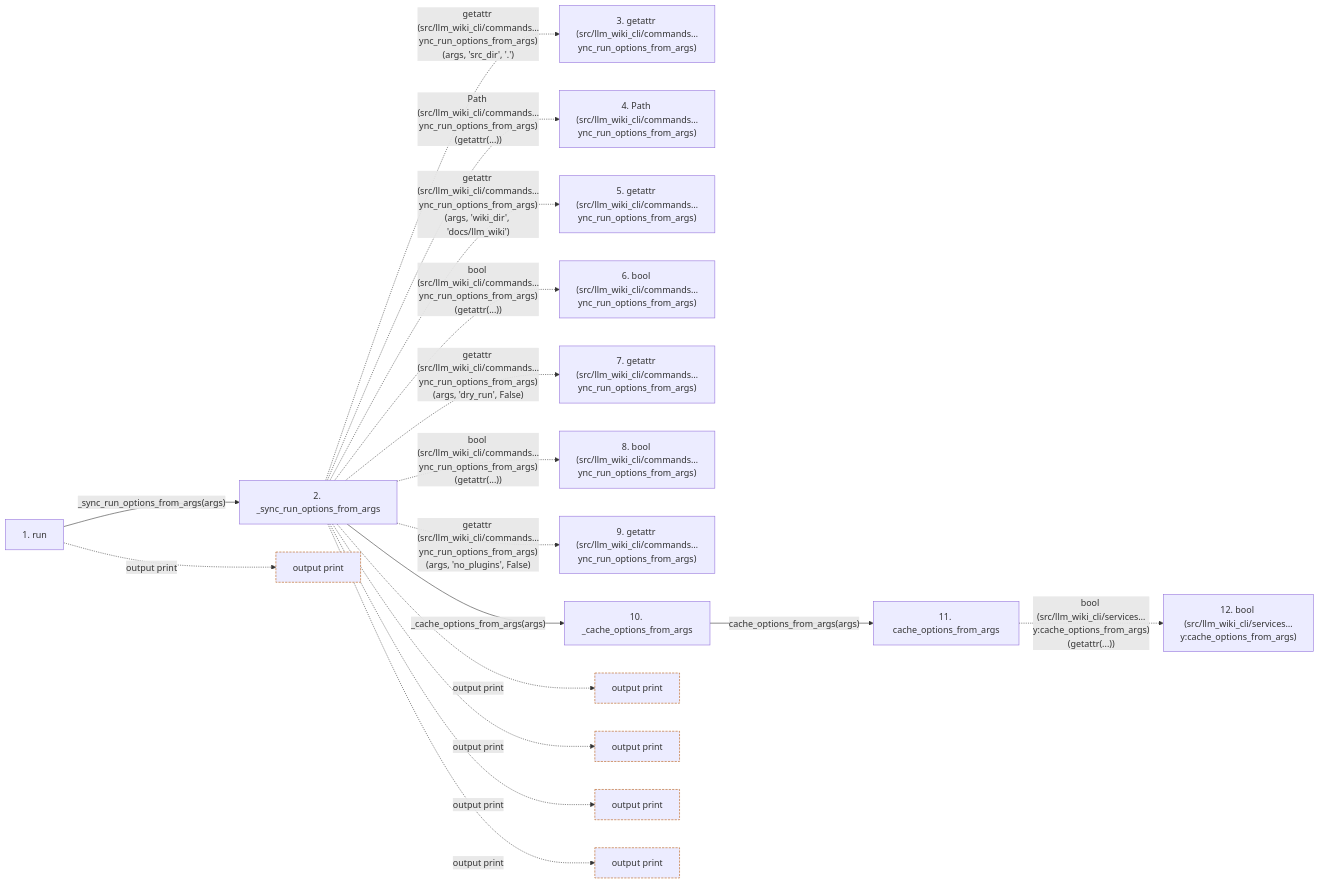
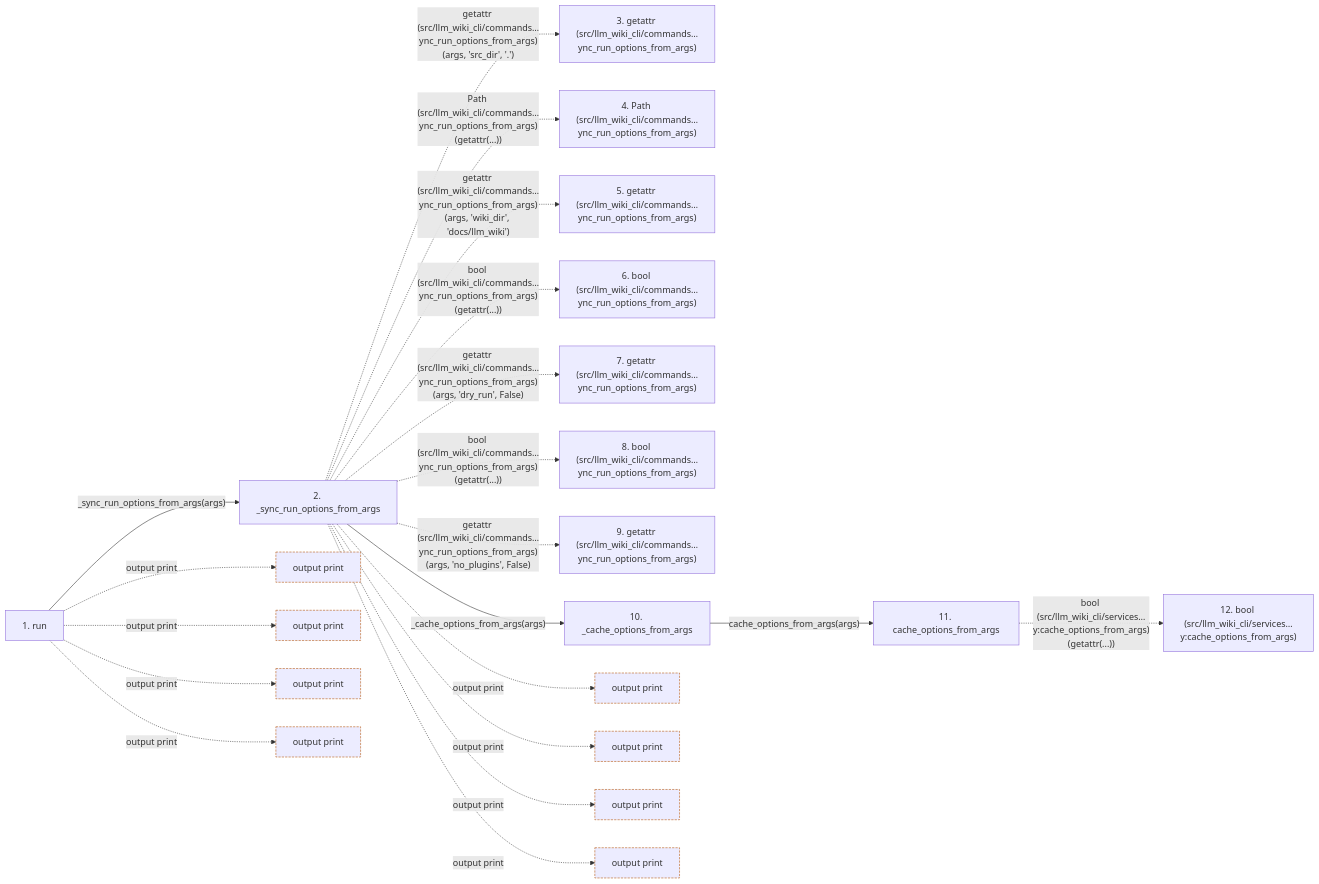
One commit to Denissvgn/python-wiki-llm changed the second of 2 diagrams in docs/llm_wiki/flows/cli-sync.md. Above: the diagram before and after it, drawn with Mermaid. The commit also changed other lines of this file and 464 other files, not shown here.

````diff
--- a/docs/llm_wiki/flows/cli-sync.md
+++ b/docs/llm_wiki/flows/cli-sync.md
@@ -212,46 +216,55 @@
 ```mermaid
 flowchart LR
     s1["1. run"]
     s2["2. _sync_run_options_from_args"]
     s3["3. getattr (src/llm_wiki_cli/commands…ync_run_options_from_args)"]
     s4["4. Path (src/llm_wiki_cli/commands…ync_run_options_from_args)"]
     s5["5. getattr (src/llm_wiki_cli/commands…ync_run_options_from_args)"]
     s6["6. bool (src/llm_wiki_cli/commands…ync_run_options_from_args)"]
     s7["7. getattr (src/llm_wiki_cli/commands…ync_run_options_from_args)"]
     s8["8. bool (src/llm_wiki_cli/commands…ync_run_options_from_args)"]
     s9["9. getattr (src/llm_wiki_cli/commands…ync_run_options_from_args)"]
     s10["10. _cache_options_from_args"]
     s11["11. cache_options_from_args"]
     s12["12. bool (src/llm_wiki_cli/services…y:cache_options_from_args)"]
     s1 -->|"_sync_run_options_from_args(args)"| s2
     s2 -. "getattr (src/llm_wiki_cli/commands…ync_run_options_from_args)(args, 'src_dir', '.')" .-> s3
     s2 -. "Path (src/llm_wiki_cli/commands…ync_run_options_from_args)(getattr(...))" .-> s4
     s2 -. "getattr (src/llm_wiki_cli/commands…ync_run_options_from_args)(args, 'wiki_dir', 'docs/llm_wiki')" .-> s5
     s2 -. "bool (src/llm_wiki_cli/commands…ync_run_options_from_args)(getattr(...))" .-> s6
     s2 -. "getattr (src/llm_wiki_cli/commands…ync_run_options_from_args)(args, 'dry_run', False)" .-> s7
     s2 -. "bool (src/llm_wiki_cli/commands…ync_run_options_from_args)(getattr(...))" .-> s8
     s2 -. "getattr (src/llm_wiki_cli/commands…ync_run_options_from_args)(args, 'no_plugins', False)" .-> s9
     s2 -->|"_cache_options_from_args(args)"| s10
     s10 -->|"cache_options_from_args(args)"| s11
     s11 -. "bool (src/llm_wiki_cli/services…y:cache_options_from_args)(getattr(...))" .-> s12
     b0["output print"]
     s1 -. "output print" .-> b0
     b1["output print"]
-    s2 -. "output print" .-> b1
+    s1 -. "output print" .-> b1
     b2["output print"]
-    s2 -. "output print" .-> b2
+    s1 -. "output print" .-> b2
     b3["output print"]
-    s2 -. "output print" .-> b3
+    s1 -. "output print" .-> b3
     b4["output print"]
     s2 -. "output print" .-> b4
+    b5["output print"]
+    s2 -. "output print" .-> b5
+    b6["output print"]
+    s2 -. "output print" .-> b6
+    b7["output print"]
+    s2 -. "output print" .-> b7
     click s1 "../modules/sync_cmd.md"
     click s2 "../modules/sync_cmd.md"
     click s10 "../modules/sync_cmd.md"
     click s11 "../modules/inventory_cache.md"
     classDef boundary stroke:#b45309,stroke-dasharray: 4 2
     class b0 boundary
     class b1 boundary
     class b2 boundary
     class b3 boundary
     class b4 boundary
+    class b5 boundary
+    class b6 boundary
+    class b7 boundary
 ```
````
